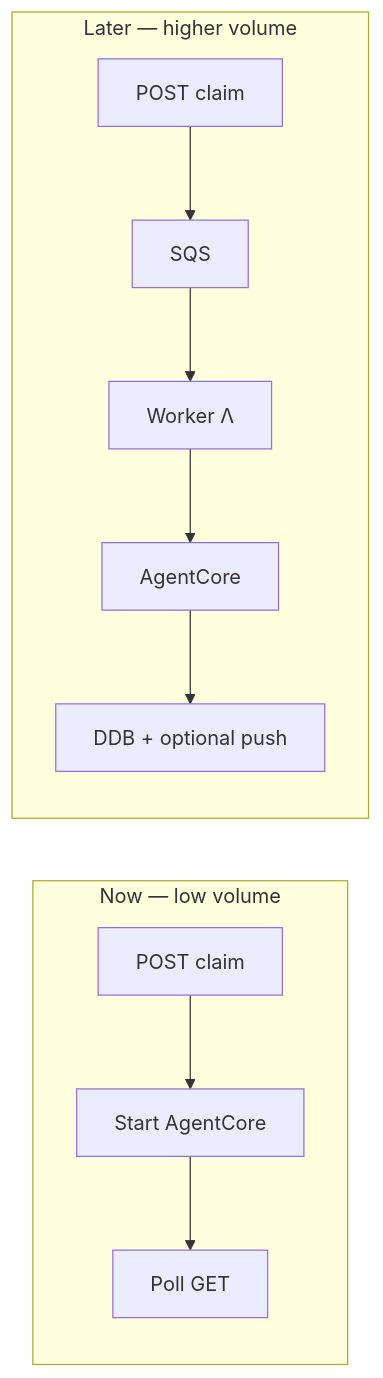
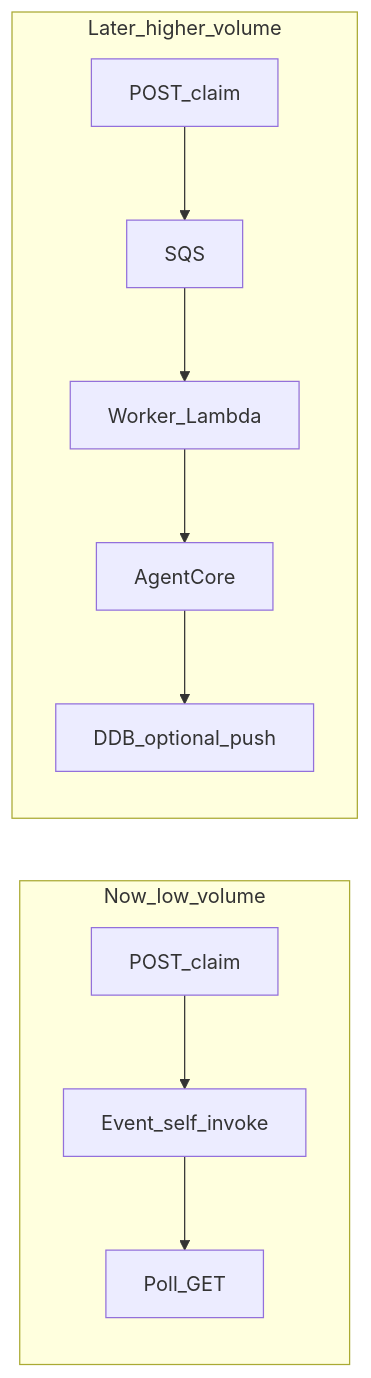
Before and after one commit to YukiUmetsu/vacation-planner-crewai: the fourth of 4 diagrams in docs/architecture-decisions/001-async-plan-next-day-polling.md, drawn with Mermaid. The commit also changed other lines of this file and 9 other files, not shown here.

````diff
--- a/docs/architecture-decisions/001-async-plan-next-day-polling.md
+++ b/docs/architecture-decisions/001-async-plan-next-day-polling.md
@@ -170,14 +218,14 @@
 ```mermaid
 flowchart LR
-  subgraph now [Now — low volume]
-    N1[POST claim] --> N2[Start AgentCore]
-    N2 --> N3[Poll GET]
+  subgraph now [Now_low_volume]
+    N1[POST_claim] --> N2[Event_self_invoke]
+    N2 --> N3[Poll_GET]
   end
 
-  subgraph later [Later — higher volume]
-    L1[POST claim] --> L2[SQS]
-    L2 --> L3[Worker Λ]
+  subgraph later [Later_higher_volume]
+    L1[POST_claim] --> L2[SQS]
+    L2 --> L3[Worker_Lambda]
     L3 --> L4[AgentCore]
-    L4 --> L5[DDB + optional push]
+    L4 --> L5[DDB_optional_push]
   end
 ```
````
